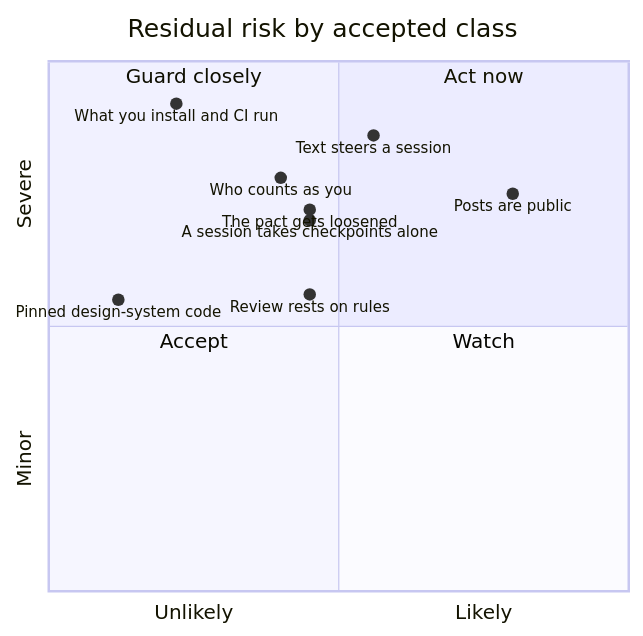
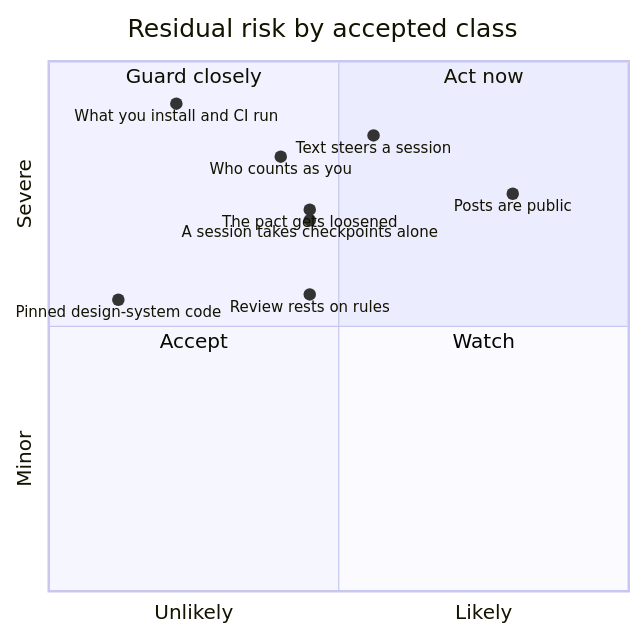
Before and after one commit to mephistopheles4/the-pact: the second of 2 diagrams in docs/threat-model.md, drawn with Mermaid. The commit also changed other lines of this file and 11 other files, not shown here.

````diff
--- a/docs/threat-model.md
+++ b/docs/threat-model.md
@@ -261,18 +264,18 @@
 ```mermaid
 quadrantChart
   title Residual risk by accepted class
   x-axis Unlikely --> Likely
   y-axis Minor --> Severe
   quadrant-1 Act now
   quadrant-2 Guard closely
   quadrant-3 Accept
   quadrant-4 Watch
   Text steers a session: [0.56, 0.86]
-  Who counts as you: [0.40, 0.78]
+  Who counts as you: [0.40, 0.82]
   Posts are public: [0.80, 0.75]
   What you install and CI run: [0.22, 0.92]
   The pact gets loosened: [0.45, 0.72]
   Review rests on rules: [0.45, 0.56]
   A session takes checkpoints alone: [0.45, 0.70]
   Pinned design-system code: [0.12, 0.55]
 ```
````
